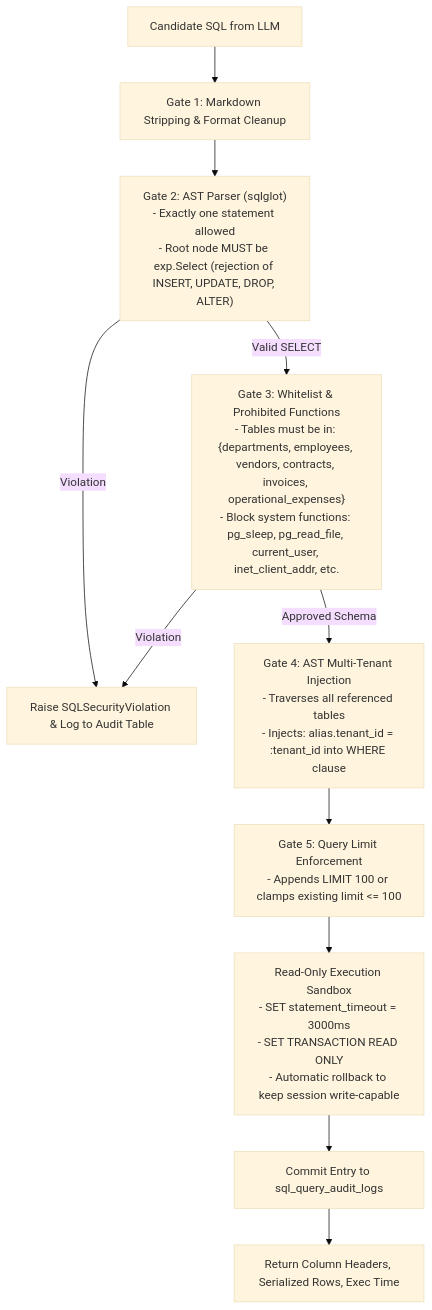
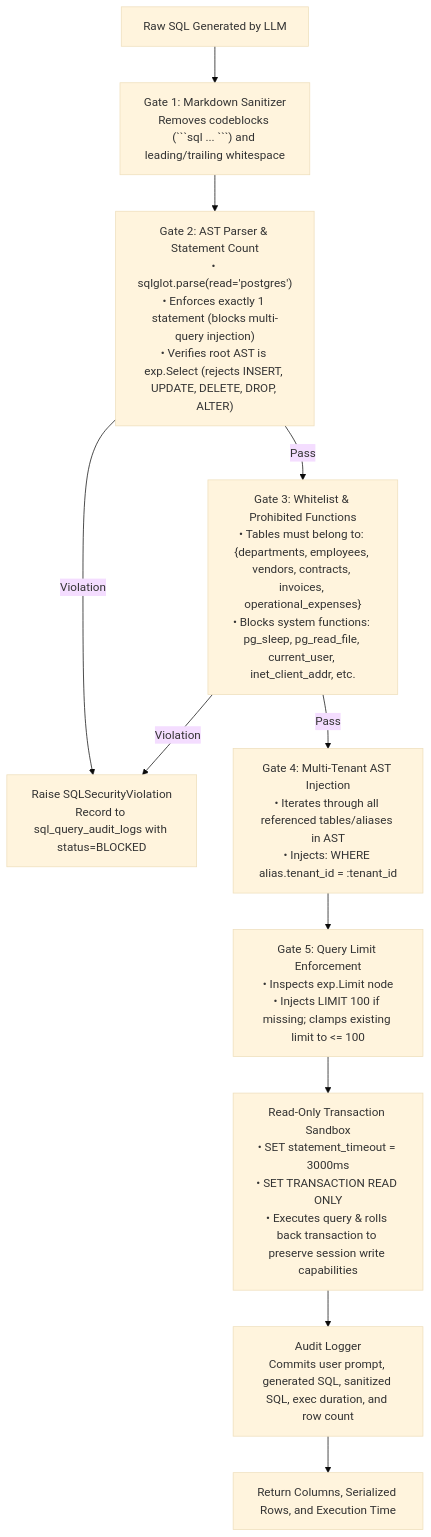
One commit to mananjaykumar/enterprise-rag-ops-intelligence changed the fourth of 5 diagrams in README.md. Above: the diagram before and after it, drawn with Mermaid (base theme). The commit also changed other lines of this file, not shown here.

Commit message:
docs: restructure README format into Problem -> Architecture -> Tech Stack -> RAG -> Agent -> SQL -> Evaluation -> Setup -> Demo

````diff
--- a/README.md
+++ b/README.md
@@ -190,13 +237,22 @@
 ```mermaid
 flowchart TD
-    RawSQL["Candidate SQL from LLM"] --> Gate1["Gate 1: Markdown Stripping & Format Cleanup"]
-    Gate1 --> Gate2["Gate 2: AST Parser (sqlglot)\n- Exactly one statement allowed\n- Root node MUST be exp.Select (rejection of INSERT, UPDATE, DROP, ALTER)"]
-    Gate2 -->|Violation| Blocked["Raise SQLSecurityViolation & Log to Audit Table"]
-    Gate2 -->|Valid SELECT| Gate3["Gate 3: Whitelist & Prohibited Functions\n- Tables must be in: {departments, employees, vendors, contracts, invoices, operational_expenses}\n- Block system functions: pg_sleep, pg_read_file, current_user, inet_client_addr, etc."]
-    Gate3 -->|Violation| Blocked
-    Gate3 -->|Approved Schema| Gate4["Gate 4: AST Multi-Tenant Injection\n- Traverses all referenced tables\n- Injects: alias.tenant_id = :tenant_id into WHERE clause"]
-    Gate4 --> Gate5["Gate 5: Query Limit Enforcement\n- Appends LIMIT 100 or clamps existing limit <= 100"]
-    Gate5 --> ExecEnv["Read-Only Execution Sandbox\n- SET statement_timeout = 3000ms\n- SET TRANSACTION READ ONLY\n- Automatic rollback to keep session write-capable"]
-    ExecEnv --> Audit["Commit Entry to sql_query_audit_logs"]
-    Audit --> Return["Return Column Headers, Serialized Rows, Exec Time"]
+    RawSQL["Raw SQL Generated by LLM"] --> Gate1["Gate 1: Markdown Sanitizer\nRemoves codeblocks (```sql ... ```) and leading/trailing whitespace"]
+    
+    Gate1 --> Gate2["Gate 2: AST Parser & Statement Count\n• sqlglot.parse(read='postgres')\n• Enforces exactly 1 statement (blocks multi-query injection)\n• Verifies root AST is exp.Select (rejects INSERT, UPDATE, DELETE, DROP, ALTER)"]
+    
+    Gate2 -->|Violation| Reject["Raise SQLSecurityViolation\nRecord to sql_query_audit_logs with status=BLOCKED"]
+    
+    Gate2 -->|Pass| Gate3["Gate 3: Whitelist & Prohibited Functions\n• Tables must belong to: {departments, employees, vendors, contracts, invoices, operational_expenses}\n• Blocks system functions: pg_sleep, pg_read_file, current_user, inet_client_addr, etc."]
+    
+    Gate3 -->|Violation| Reject
+    
+    Gate3 -->|Pass| Gate4["Gate 4: Multi-Tenant AST Injection\n• Iterates through all referenced tables/aliases in AST\n• Injects: WHERE alias.tenant_id = :tenant_id"]
+    
+    Gate4 --> Gate5["Gate 5: Query Limit Enforcement\n• Inspects exp.Limit node\n• Injects LIMIT 100 if missing; clamps existing limit to <= 100"]
+    
+    Gate5 --> ReadOnly["Read-Only Transaction Sandbox\n• SET statement_timeout = 3000ms\n• SET TRANSACTION READ ONLY\n• Executes query & rolls back transaction to preserve session write capabilities"]
+    
+    ReadOnly --> AuditLog["Audit Logger\nCommits user prompt, generated SQL, sanitized SQL, exec duration, and row count"]
+    
+    AuditLog --> TabularOutput["Return Columns, Serialized Rows, and Execution Time"]
 ```
````
